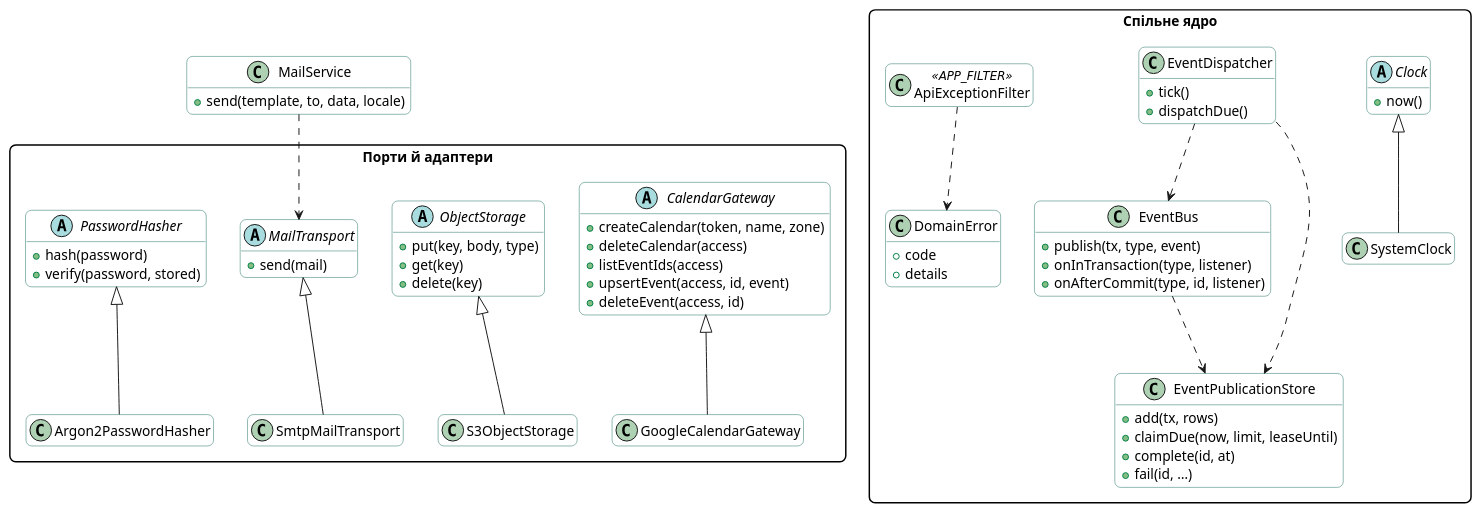
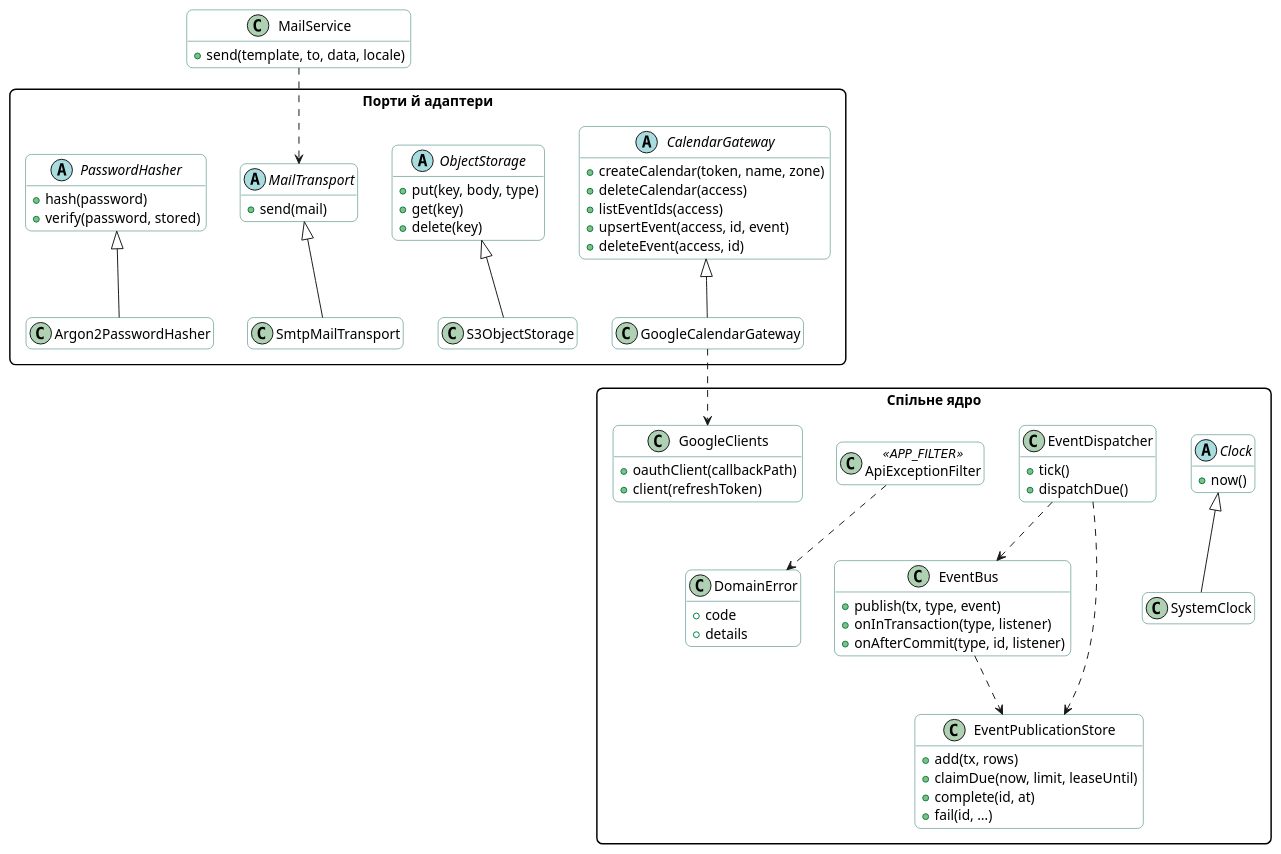
Before and after one commit to mzabrodin/Errandly: the diagram in docs/diagrams/class/shared-kernel.puml, drawn with PlantUML. The commit also changed 16 other files, not shown here.

```diff
--- a/docs/diagrams/class/shared-kernel.puml
+++ b/docs/diagrams/class/shared-kernel.puml
@@ -1,77 +1,82 @@
 @startuml shared-kernel
 skinparam shadowing false
 skinparam defaultFontName "Inter, Segoe UI, Arial"
 skinparam RoundCorner 12
 skinparam ClassBackgroundColor #FFFFFF
 skinparam ClassBorderColor #1F6F64
 skinparam packageStyle rectangle
 hide empty members
 
 package "Спільне ядро" {
   class EventBus {
     +publish(tx, type, event)
     +onInTransaction(type, listener)
     +onAfterCommit(type, id, listener)
   }
   class EventDispatcher {
     +tick()
     +dispatchDue()
   }
   class EventPublicationStore {
     +add(tx, rows)
     +claimDue(now, limit, leaseUntil)
     +complete(id, at)
     +fail(id, …)
   }
   abstract class Clock {
     +now()
   }
   class SystemClock
   class DomainError {
     +code
     +details
   }
   class ApiExceptionFilter <<APP_FILTER>>
+  class GoogleClients {
+    +oauthClient(callbackPath)
+    +client(refreshToken)
+  }
 }
 
 package "Порти й адаптери" {
   abstract class PasswordHasher {
     +hash(password)
     +verify(password, stored)
   }
   class Argon2PasswordHasher
   abstract class MailTransport {
     +send(mail)
   }
   class SmtpMailTransport
   abstract class ObjectStorage {
     +put(key, body, type)
     +get(key)
     +delete(key)
   }
   class S3ObjectStorage
   abstract class CalendarGateway {
     +createCalendar(token, name, zone)
     +deleteCalendar(access)
     +listEventIds(access)
     +upsertEvent(access, id, event)
     +deleteEvent(access, id)
   }
   class GoogleCalendarGateway
 }
 
 class MailService {
   +send(template, to, data, locale)
 }
 
 EventBus ..> EventPublicationStore
 EventDispatcher ..> EventPublicationStore
 EventDispatcher ..> EventBus
 ApiExceptionFilter ..> DomainError
 MailService ..> MailTransport
 SystemClock -up-|> Clock
 Argon2PasswordHasher -up-|> PasswordHasher
 SmtpMailTransport -up-|> MailTransport
 S3ObjectStorage -up-|> ObjectStorage
 GoogleCalendarGateway -up-|> CalendarGateway
+GoogleCalendarGateway ..> GoogleClients
 @enduml
```
